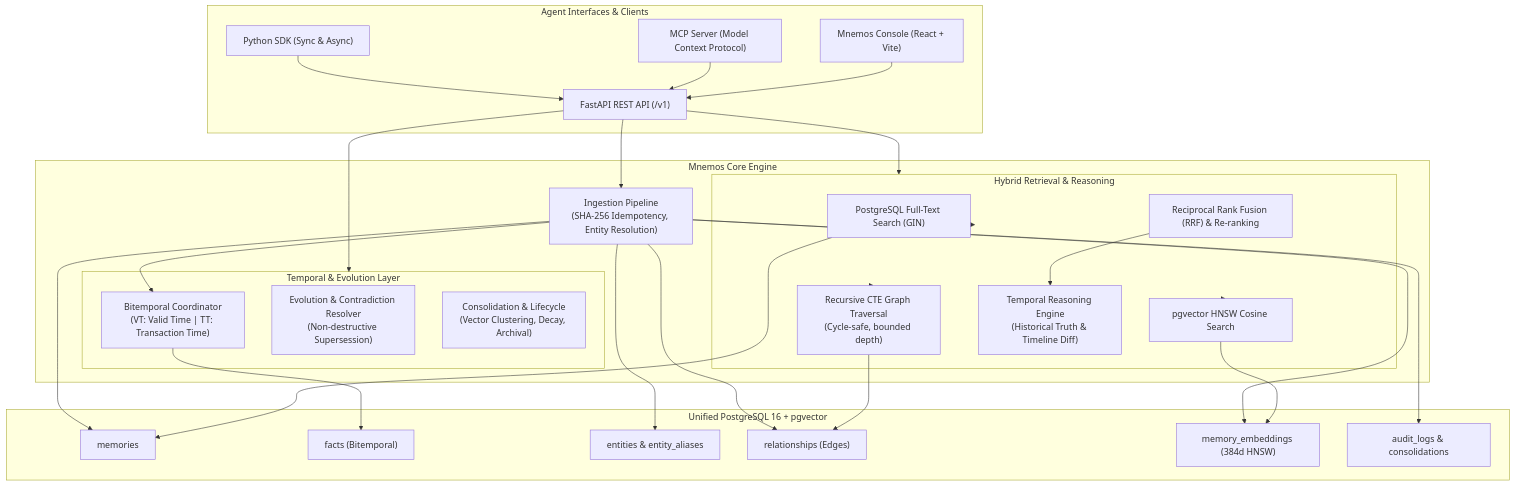
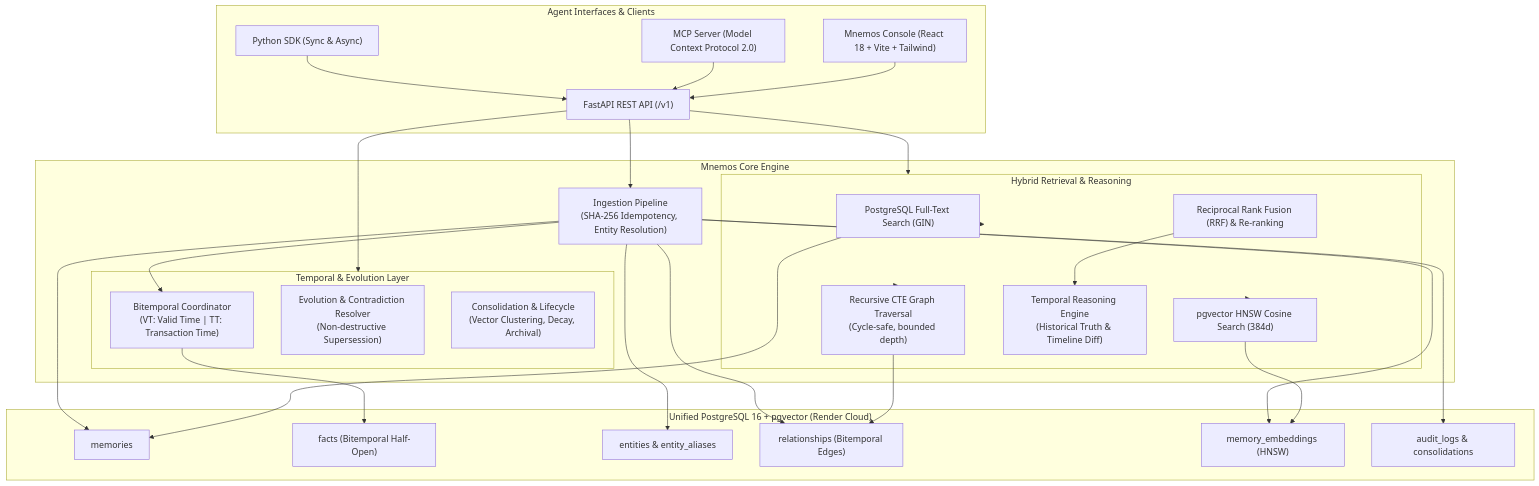
Before and after one commit to dheeraj25406/mnemos: the diagram in README.md, drawn with Mermaid. The commit also changed other lines of this file, not shown here.

````diff
--- a/README.md
+++ b/README.md
@@ -41,59 +64,59 @@
 ```mermaid
 flowchart TD
     subgraph Interfaces["Agent Interfaces & Clients"]
         SDK["Python SDK (Sync & Async)"]
-        MCP["MCP Server (Model Context Protocol)"]
+        MCP["MCP Server (Model Context Protocol 2.0)"]
         API["FastAPI REST API (/v1)"]
-        UI["Mnemos Console (React + Vite)"]
+        UI["Mnemos Console (React 18 + Vite + Tailwind)"]
     end
 
     subgraph CoreEngine["Mnemos Core Engine"]
         Ingest["Ingestion Pipeline\n(SHA-256 Idempotency, Entity Resolution)"]
         
         subgraph TemporalLayer["Temporal & Evolution Layer"]
             Bitemp["Bitemporal Coordinator\n(VT: Valid Time | TT: Transaction Time)"]
             Evol["Evolution & Contradiction Resolver\n(Non-destructive Supersession)"]
             Consol["Consolidation & Lifecycle\n(Vector Clustering, Decay, Archival)"]
         end
 
         subgraph RetrievalEngine["Hybrid Retrieval & Reasoning"]
             FTS["PostgreSQL Full-Text Search (GIN)"]
-            Vec["pgvector HNSW Cosine Search"]
+            Vec["pgvector HNSW Cosine Search (384d)"]
             Graph["Recursive CTE Graph Traversal\n(Cycle-safe, bounded depth)"]
             RRF["Reciprocal Rank Fusion (RRF) & Re-ranking"]
             Reason["Temporal Reasoning Engine\n(Historical Truth & Timeline Diff)"]
         end
     end
 
-    subgraph Storage["Unified PostgreSQL 16 + pgvector"]
+    subgraph Storage["Unified PostgreSQL 16 + pgvector (Render Cloud)"]
         T_Mem["memories"]
-        T_Facts["facts (Bitemporal)"]
+        T_Facts["facts (Bitemporal Half-Open)"]
         T_Ent["entities & entity_aliases"]
-        T_Rel["relationships (Edges)"]
-        T_Emb["memory_embeddings (384d HNSW)"]
+        T_Rel["relationships (Bitemporal Edges)"]
+        T_Emb["memory_embeddings (HNSW)"]
         T_Audit["audit_logs & consolidations"]
     end
 
     SDK --> API
     MCP --> API
     UI --> API
     API --> Ingest
     API --> RetrievalEngine
     API --> TemporalLayer
 
     Ingest --> Bitemp
     Bitemp --> T_Facts
     Ingest --> T_Mem
     Ingest --> T_Ent
     Ingest --> T_Rel
     Ingest --> T_Emb
     Ingest --> T_Audit
 
     RetrievalEngine --> FTS
     RetrievalEngine --> Vec
     RetrievalEngine --> Graph
     FTS --> T_Mem
     Vec --> T_Emb
     Graph --> T_Rel
     RRF --> Reason
 ```
````
